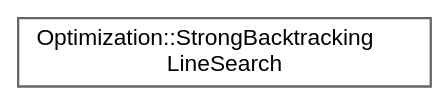
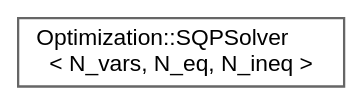
One commit to jswoo0615/Algorithms_for_Optimization_cpp changed the diagram in inherit_graph_52.dot. Above: the diagram before and after it, drawn with Graphviz. The commit also changed 78 other files, not shown here.

```diff
--- a/inherit_graph_52.dot
+++ b/inherit_graph_52.dot
@@ -1,9 +1,9 @@
 digraph "Graphical Class Hierarchy"
 {
  // LATEX_PDF_SIZE
   bgcolor="transparent";
   edge [fontname=Helvetica,fontsize=10,labelfontname=Helvetica,labelfontsize=10];
   node [fontname=Helvetica,fontsize=10,shape=box,height=0.2,width=0.4];
   rankdir="LR";
-  Node0 [id="Node000000",label="Optimization::StrongBacktracking\lLineSearch",height=0.2,width=0.4,color="grey40", fillcolor="white", style="filled",URL="$classOptimization_1_1StrongBacktrackingLineSearch.html",tooltip="[Chapter 4] Algorithm 4.3 : Strong Backtracking Line Search Armijo (충분 감소) 조건과 Strong Curvature (강한 곡..."];
+  Node0 [id="Node000000",label="Optimization::SQPSolver\l\< N_vars, N_eq, N_ineq \>",height=0.2,width=0.4,color="grey40", fillcolor="white", style="filled",URL="$classOptimization_1_1SQPSolver.html",tooltip=" "];
 }
```
